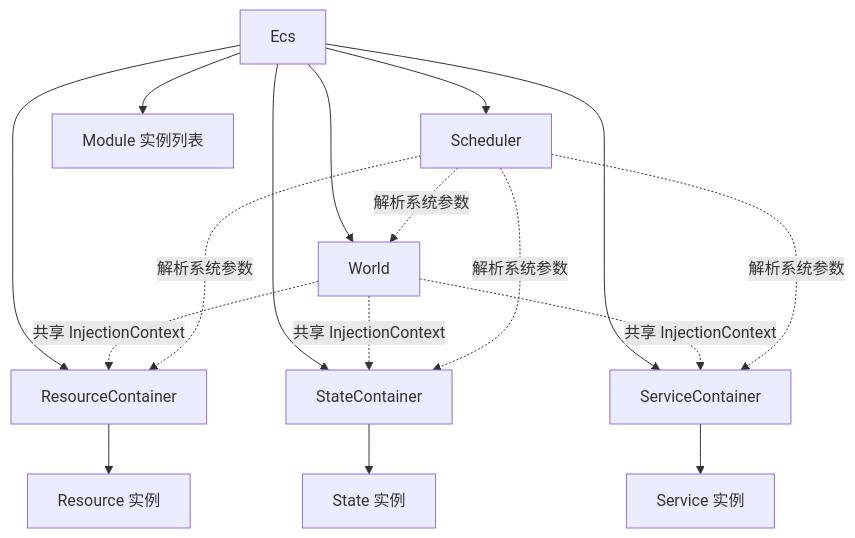
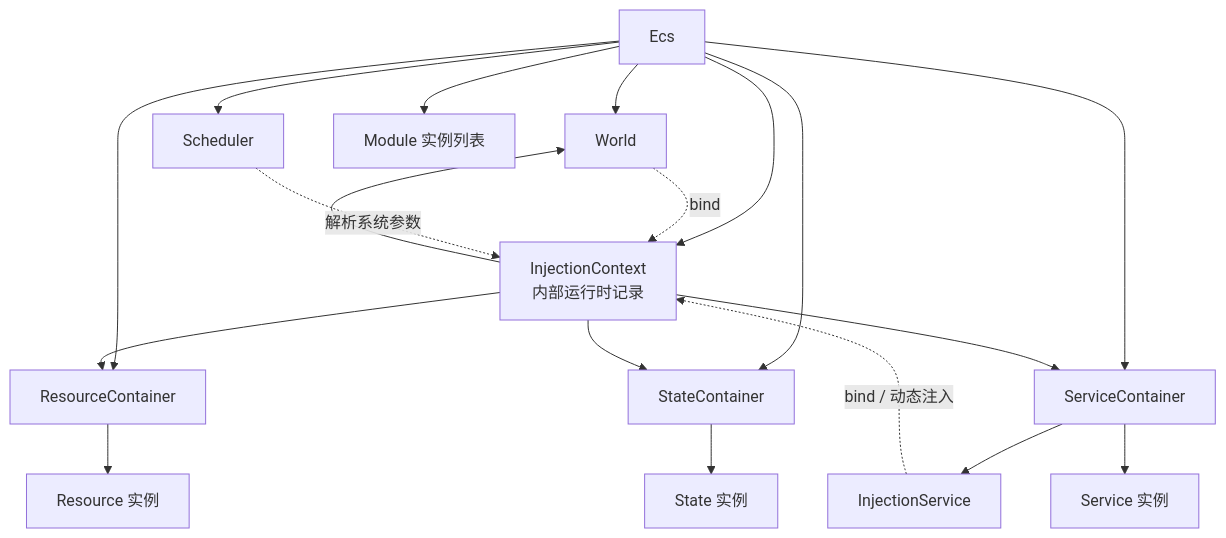
The second of 12 diagrams in docs/architecture.md (465089258/zero-ecs), drawn with Mermaid before and after one commit. The commit also changed other lines of this file and 17 other files, not shown here.

````diff
--- a/docs/architecture.md
+++ b/docs/architecture.md
@@ -37,21 +37,23 @@
 ```mermaid
 flowchart TB
     Ecs["Ecs"] --> World["World"]
     Ecs --> Resources["ResourceContainer"]
     Ecs --> States["StateContainer"]
     Ecs --> Services["ServiceContainer"]
     Ecs --> Scheduler["Scheduler"]
     Ecs --> Modules["Module 实例列表"]
+    Ecs --> Context["InjectionContext<br/>内部运行时记录"]
 
-    World -. "共享 InjectionContext" .-> Resources
-    World -. "共享 InjectionContext" .-> States
-    World -. "共享 InjectionContext" .-> Services
-    Scheduler -. "解析系统参数" .-> World
-    Scheduler -. "解析系统参数" .-> Resources
-    Scheduler -. "解析系统参数" .-> States
-    Scheduler -. "解析系统参数" .-> Services
+    World -. "bind" .-> Context
+    Services --> Injection["InjectionService"]
+    Injection -. "bind / 动态注入" .-> Context
+    Scheduler -. "解析系统参数" .-> Context
+    Context --> World
+    Context --> Resources
+    Context --> States
+    Context --> Services
 
     Resources --> Resource["Resource 实例"]
     States --> State["State 实例"]
     Services --> Service["Service 实例"]
 ```
````
